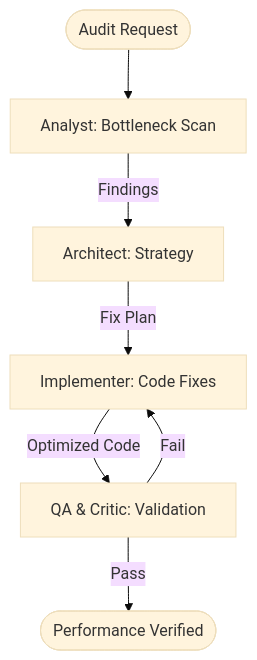
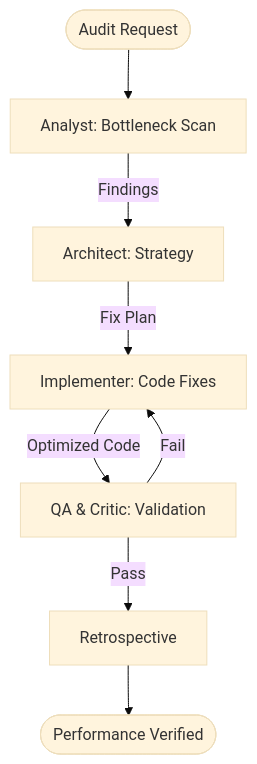
One commit to seanspiesman/Agents-and-Workflows changed the diagram in custom-agents/workflows/arcgis/SpatialAudit.workflow.md. Above: the diagram before and after it, drawn with Mermaid (base theme). The commit also changed other lines of this file and 38 other files, not shown here.

````diff
--- a/custom-agents/workflows/arcgis/SpatialAudit.workflow.md
+++ b/custom-agents/workflows/arcgis/SpatialAudit.workflow.md
@@ -60,9 +68,10 @@
 ```mermaid
 flowchart TD
     Start([Audit Request]) --> P1[Analyst: Bottleneck Scan]
     P1 -->|Findings| P2[Architect: Strategy]
     P2 -->|Fix Plan| P3[Implementer: Code Fixes]
     P3 -->|Optimized Code| P4[QA & Critic: Validation]
-    P4 -->|Pass| End([Performance Verified])
+    P4 -->|Pass| P5[Retrospective]
+    P5 --> End([Performance Verified])
     P4 -->|Fail| P3
 ```
````
